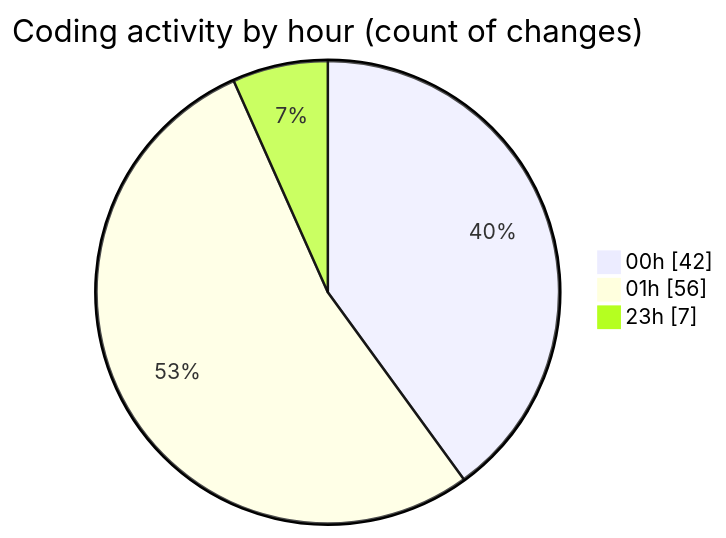
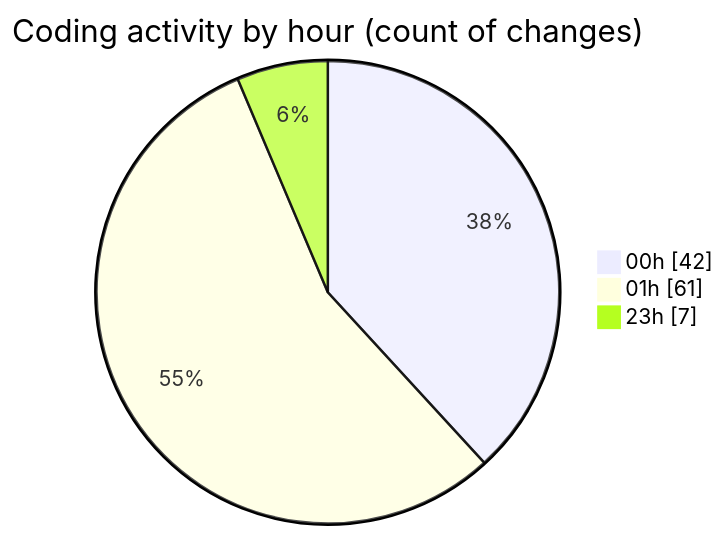
One commit to lephambinh05/code-tracking changed the second of 2 diagrams in 2025-08-12/rentotp/README.md. Above: the diagram before and after it, drawn with Mermaid. The commit also changed other lines of this file and 1 other file, not shown here.

````diff
--- a/2025-08-12/rentotp/README.md
+++ b/2025-08-12/rentotp/README.md
@@ -47,7 +47,7 @@
 ```mermaid
 pie showData
 title Coding activity by hour (count of changes)
 "00h" : 42
-"01h" : 56
+"01h" : 61
 "23h" : 7
 ```
````
